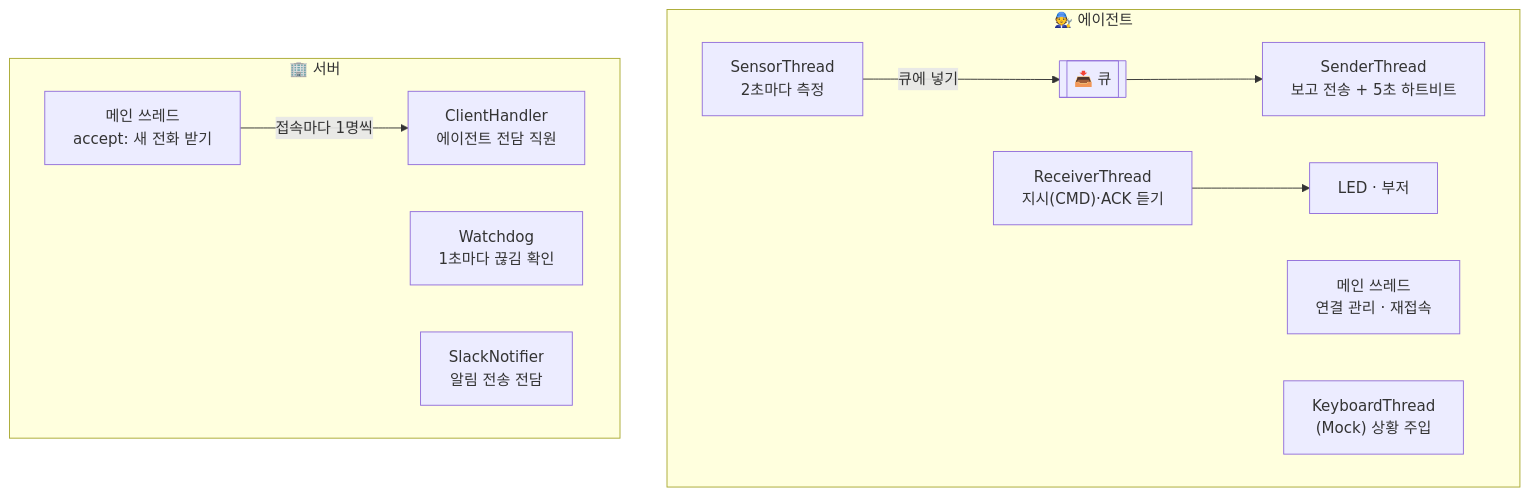
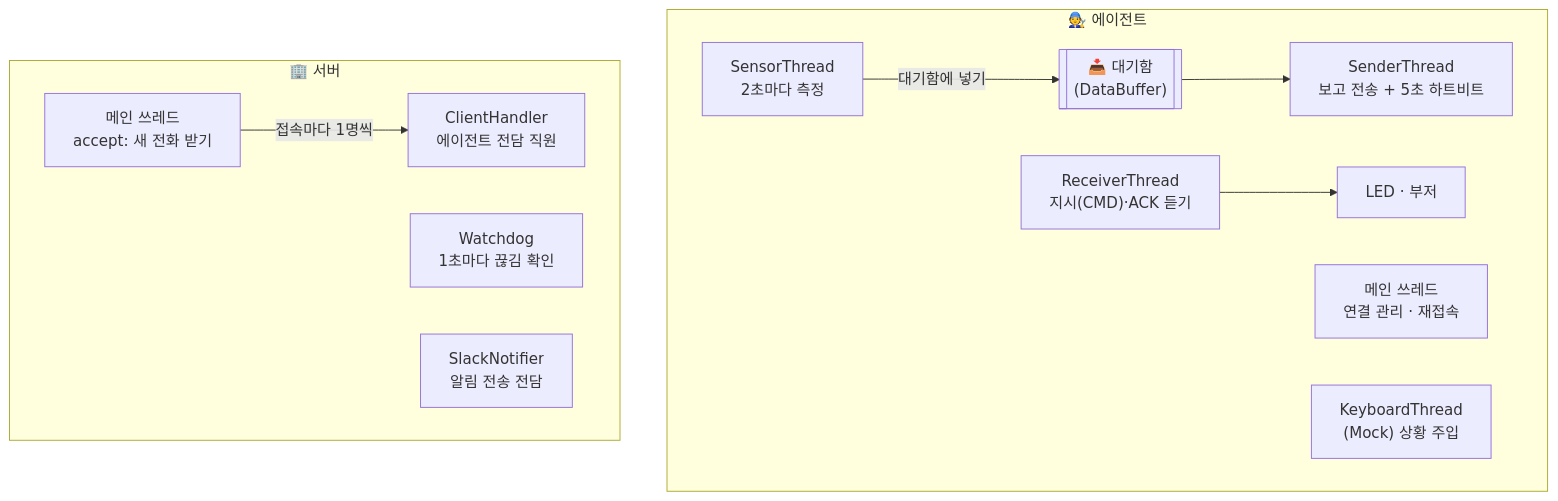
Before and after one commit to janghun08-bit/idc-monitor: the third of 3 diagrams in README.md, drawn with Mermaid. The commit also changed other lines of this file and 2 other files, not shown here.

````diff
--- a/README.md
+++ b/README.md
@@ -161,15 +161,15 @@
 ```mermaid
 flowchart TB
     subgraph AG["🧑‍🔧 에이전트"]
-        ST["SensorThread<br/>2초마다 측정"] -->|큐에 넣기| Q[["📥 큐"]]
+        ST["SensorThread<br/>2초마다 측정"] -->|대기함에 넣기| Q[["📥 대기함<br/>(DataBuffer)"]]
         Q --> SE["SenderThread<br/>보고 전송 + 5초 하트비트"]
         RE["ReceiverThread<br/>지시(CMD)·ACK 듣기"] --> ACT["LED · 부저"]
         MA["메인 쓰레드<br/>연결 관리 · 재접속"]
         KB["KeyboardThread<br/>(Mock) 상황 주입"]
     end
     subgraph SV["🏢 서버"]
         AC["메인 쓰레드<br/>accept: 새 전화 받기"] -->|접속마다 1명씩| CH["ClientHandler<br/>에이전트 전담 직원"]
         WD["Watchdog<br/>1초마다 끊김 확인"]
         SN["SlackNotifier<br/>알림 전송 전담"]
     end
 ```
````
